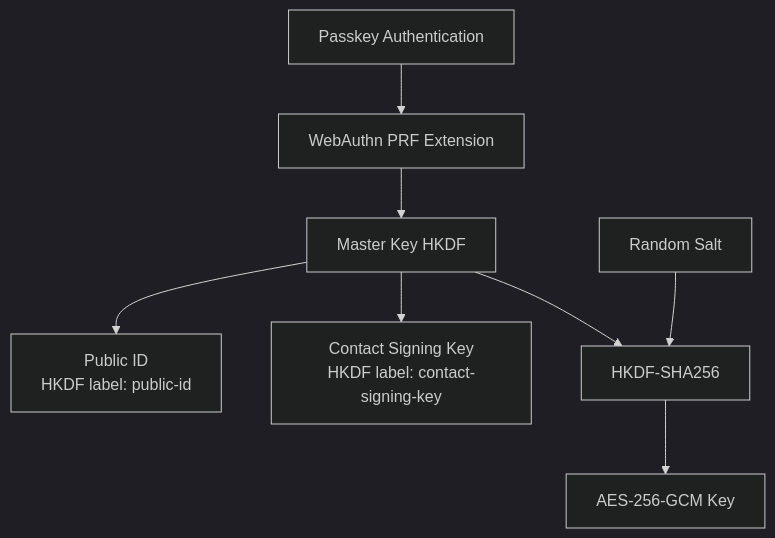
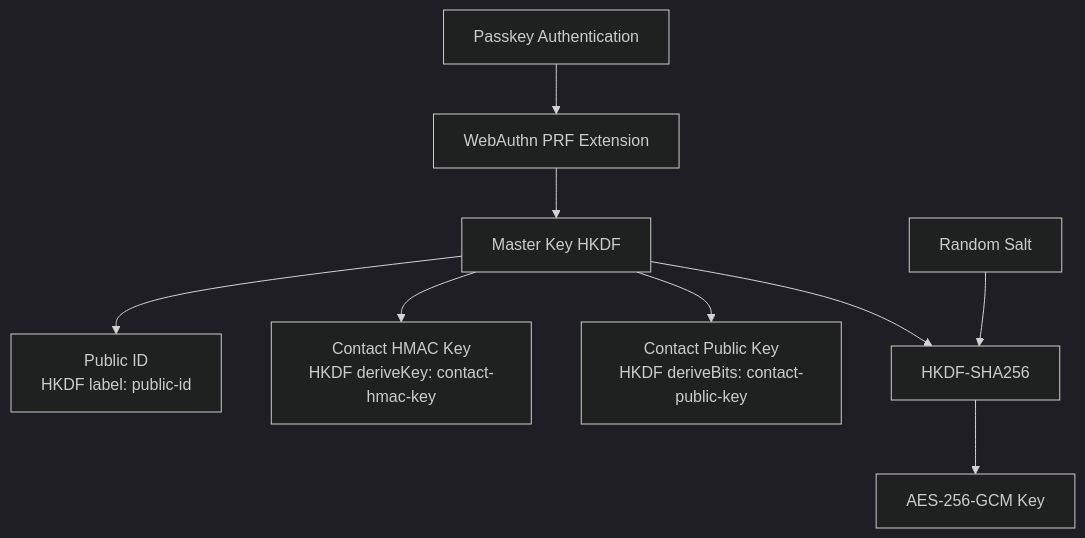
Before and after one commit to andrewtheguy/secure-send-web: the fifth of 9 diagrams in docs/ARCHITECTURE.md, drawn with Mermaid (dark theme). The commit also changed other lines of this file and 3 other files, not shown here.

````diff
--- a/docs/ARCHITECTURE.md
+++ b/docs/ARCHITECTURE.md
@@ -258,10 +260,11 @@
 ```mermaid
 flowchart TD
     Passkey[Passkey Authentication] --> PRF[WebAuthn PRF Extension]
     PRF --> MasterKey[Master Key HKDF]
     MasterKey --> PublicId[Public ID<br/>HKDF label: public-id]
-    MasterKey --> ContactKey[Contact Signing Key<br/>HKDF label: contact-signing-key]
+    MasterKey --> ContactHmac[Contact HMAC Key<br/>HKDF deriveKey: contact-hmac-key]
+    MasterKey --> ContactPub[Contact Public Key<br/>HKDF deriveBits: contact-public-key]
     Salt[Random Salt] --> HKDF[HKDF-SHA256]
     MasterKey --> HKDF
     HKDF --> AESKey[AES-256-GCM Key]
 ```
````
